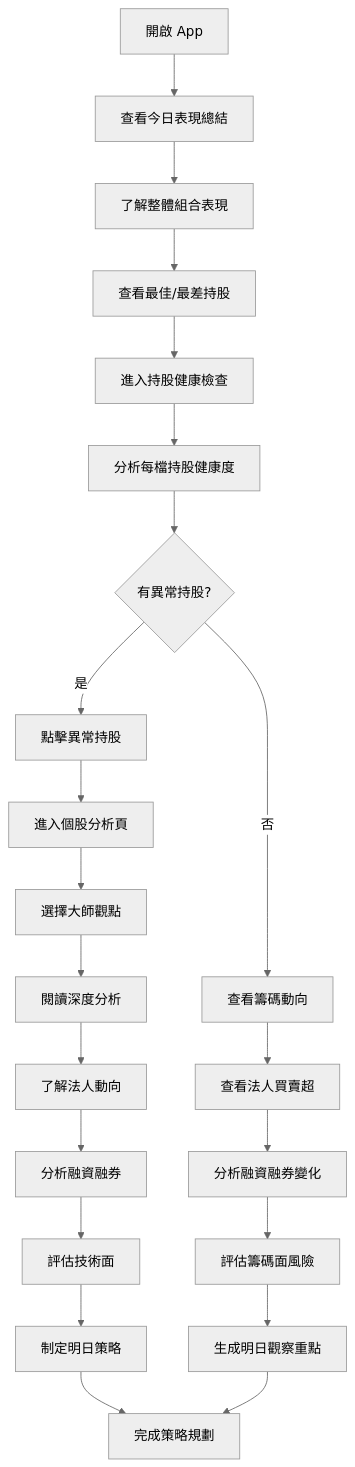
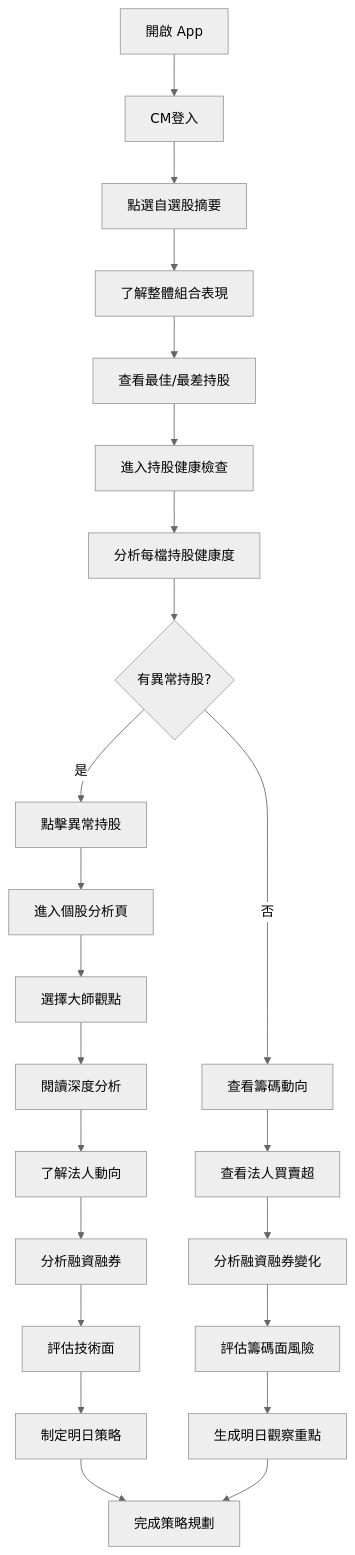
One commit to hihihowru/ai-chatbot-proxy changed the second of 3 diagrams in user_journey_map/yong-hulcheng-san.md. Above: the diagram before and after it, drawn with Mermaid (neutral theme). The commit also changed other lines of this file and 2 other files, not shown here.

````diff
--- a/user_journey_map/yong-hulcheng-san.md
+++ b/user_journey_map/yong-hulcheng-san.md
@@ -34,24 +34,25 @@
 ```mermaid
 flowchart TD
-    A[開啟 App] --> B[查看今日表現總結]
+    A[開啟 App] --> z[CM登入]
+    z[CM登入] --> B[點選自選股摘要]
     B --> C[了解整體組合表現]
     C --> D[查看最佳/最差持股]
     D --> E[進入持股健康檢查]
     E --> F[分析每檔持股健康度]
     F --> G{有異常持股?}
     G -->|是| H[點擊異常持股]
     G -->|否| I[查看籌碼動向]
     H --> J[進入個股分析頁]
     J --> K[選擇大師觀點]
     K --> L[閱讀深度分析]
     L --> M[了解法人動向]
     M --> N[分析融資融券]
     N --> O[評估技術面]
     O --> P[制定明日策略]
     I --> Q[查看法人買賣超]
     Q --> R[分析融資融券變化]
     R --> S[評估籌碼面風險]
     S --> T[生成明日觀察重點]
     P --> U[完成策略規劃]
     T --> U
 ```
````
